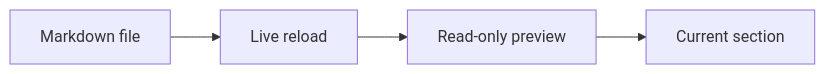
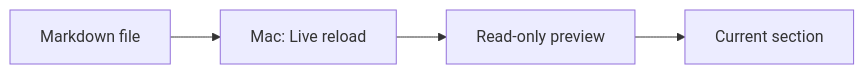
One commit to hshimomura/ayami changed the diagram in Sample.md. Above: the diagram before and after it, drawn with Mermaid. The commit also changed other lines of this file and 16 other files, not shown here.

````diff
--- a/Sample.md
+++ b/Sample.md
@@ -33,6 +34,6 @@
 ```mermaid
 flowchart LR
-  Markdown["Markdown file"] --> Watch["Live reload"]
+  Markdown["Markdown file"] --> Watch["Mac: Live reload"]
   Watch --> Preview["Read-only preview"]
   Preview --> Outline["Current section"]
 ```
````
